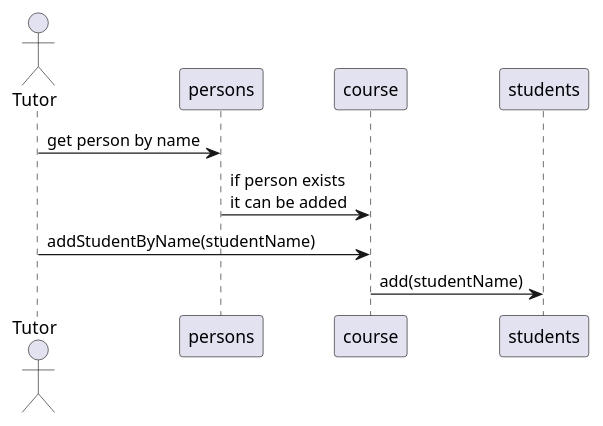
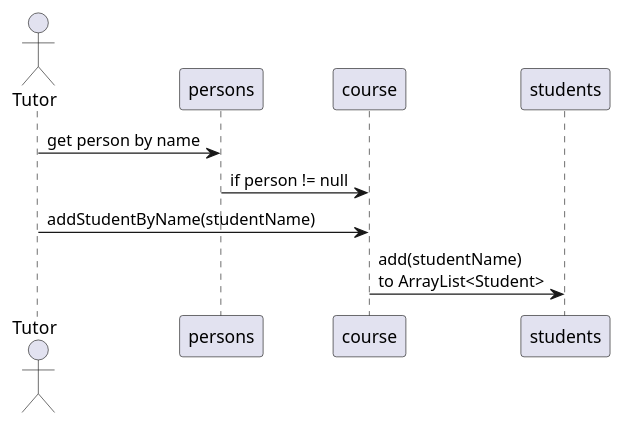
One commit to mementomorri/kotlin_backend changed the diagram in diagram/addStudentToCourse.puml. Above: the diagram before and after it, drawn with PlantUML. The commit also changed 3 other files, not shown here.

```diff
--- a/diagram/addStudentToCourse.puml
+++ b/diagram/addStudentToCourse.puml
@@ -1,10 +1,10 @@
 @startuml
 
 actor Tutor
 
 Tutor -> persons : get person by name
-persons -> course: if person exists \nit can be added
+persons -> course: if person != null
 Tutor -> course : addStudentByName(studentName)
-    course -> students : add(studentName)
+    course -> students : add(studentName) \nto ArrayList<Student>
 
 @enduml
```
